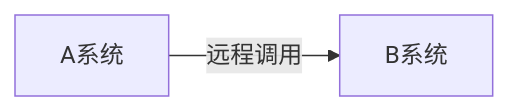
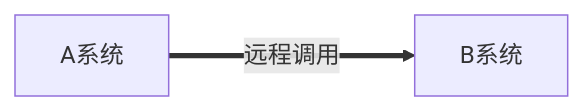
Before and after one commit to csliujw/CodeNotes: the first of 12 diagrams in 微服务/RabbitMQ.md, drawn with Mermaid. The commit also changed other lines of this file and 287 other files, not shown here.

````diff
--- a/微服务/RabbitMQ.md
+++ b/微服务/RabbitMQ.md
@@ -112,4 +118,4 @@
 ```mermaid
 graph LR
-A系统-->|远程调用|B系统
+A系统===>|远程调用|B系统
 ```
````
